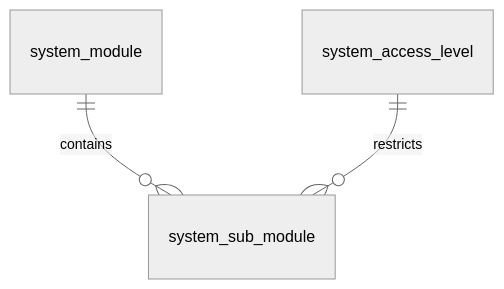
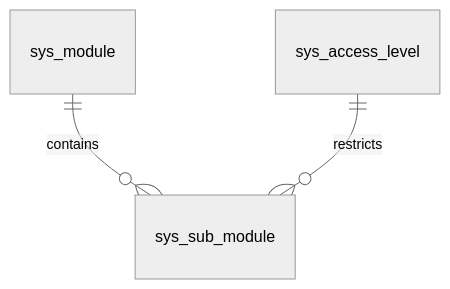
The diagram in docs/schemas/20260319_01_system.md (Hawaii-Farming/aloha-app), drawn with Mermaid (neutral theme) before and after one commit. The commit also changed other lines of this file and 30 other files, not shown here.

First line of the commit message:
Rename system tables to sys_ prefix across all SQL, docs, and conventions

````diff
--- a/docs/schemas/20260319_01_system.md
+++ b/docs/schemas/20260319_01_system.md
@@ -9,5 +9,5 @@
 ```mermaid
 erDiagram
-    system_module ||--o{ system_sub_module : contains
-    system_access_level ||--o{ system_sub_module : restricts
+    sys_module ||--o{ sys_sub_module : contains
+    sys_access_level ||--o{ sys_sub_module : restricts
 ```
````
